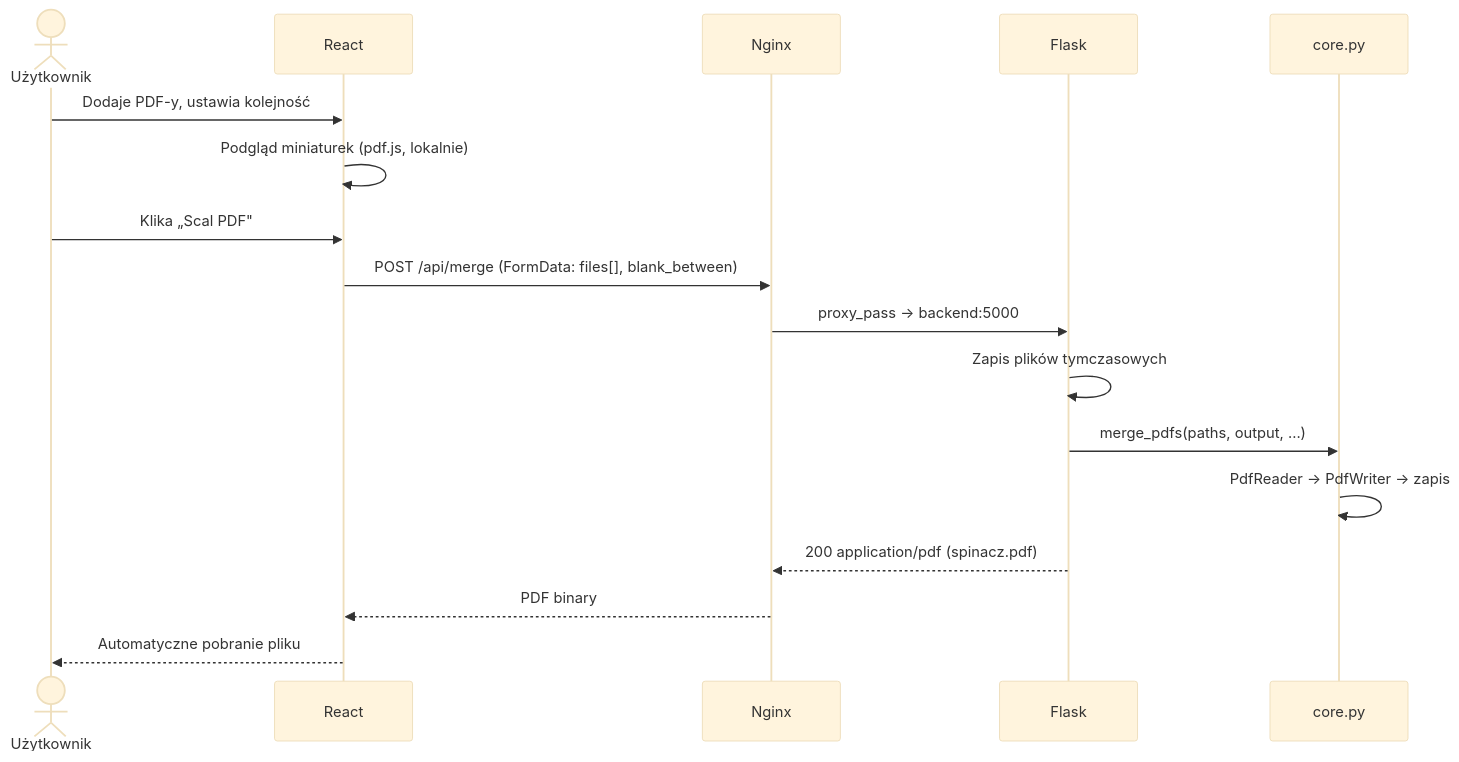
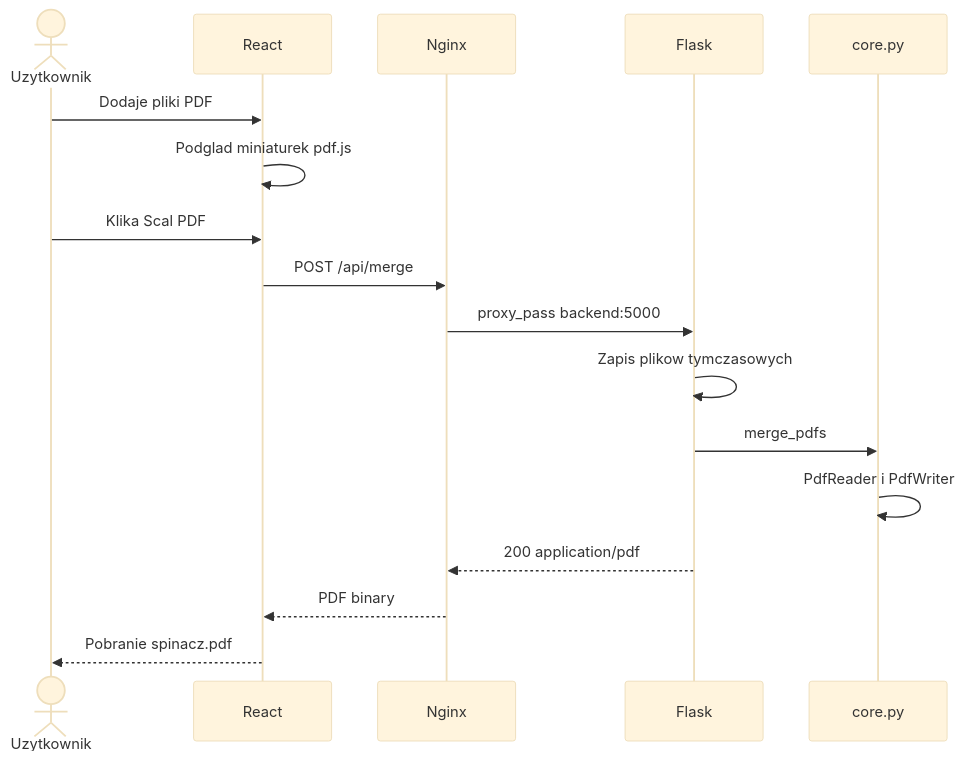
One commit to MikolajTanski/Clipper changed the second of 2 diagrams in docs/architecture.md. Above: the diagram before and after it, drawn with Mermaid (base theme). The commit also changed other lines of this file and 1 other file, not shown here.

Commit message:
Fix GitHub rendering for diagrams and Mermaid blocks.
Use ASCII-only Mermaid labels and simplify sequence diagram syntax so GitHub no longer shows embedded code errors.

````diff
--- a/docs/architecture.md
+++ b/docs/architecture.md
@@ -83,20 +83,20 @@
 ```mermaid
 sequenceDiagram
-    actor U as Użytkownik
+    actor U as Uzytkownik
     participant R as React
     participant N as Nginx
     participant F as Flask
     participant C as core.py
 
-    U->>R: Dodaje PDF-y, ustawia kolejność
-    R->>R: Podgląd miniaturek (pdf.js, lokalnie)
-    U->>R: Klika „Scal PDF"
-    R->>N: POST /api/merge (FormData: files[], blank_between)
-    N->>F: proxy_pass → backend:5000
-    F->>F: Zapis plików tymczasowych
-    F->>C: merge_pdfs(paths, output, ...)
-    C->>C: PdfReader → PdfWriter → zapis
-    F-->>N: 200 application/pdf (spinacz.pdf)
+    U->>R: Dodaje pliki PDF
+    R->>R: Podglad miniaturek pdf.js
+    U->>R: Klika Scal PDF
+    R->>N: POST /api/merge
+    N->>F: proxy_pass backend:5000
+    F->>F: Zapis plikow tymczasowych
+    F->>C: merge_pdfs
+    C->>C: PdfReader i PdfWriter
+    F-->>N: 200 application/pdf
     N-->>R: PDF binary
-    R-->>U: Automatyczne pobranie pliku
+    R-->>U: Pobranie spinacz.pdf
 ```
````
